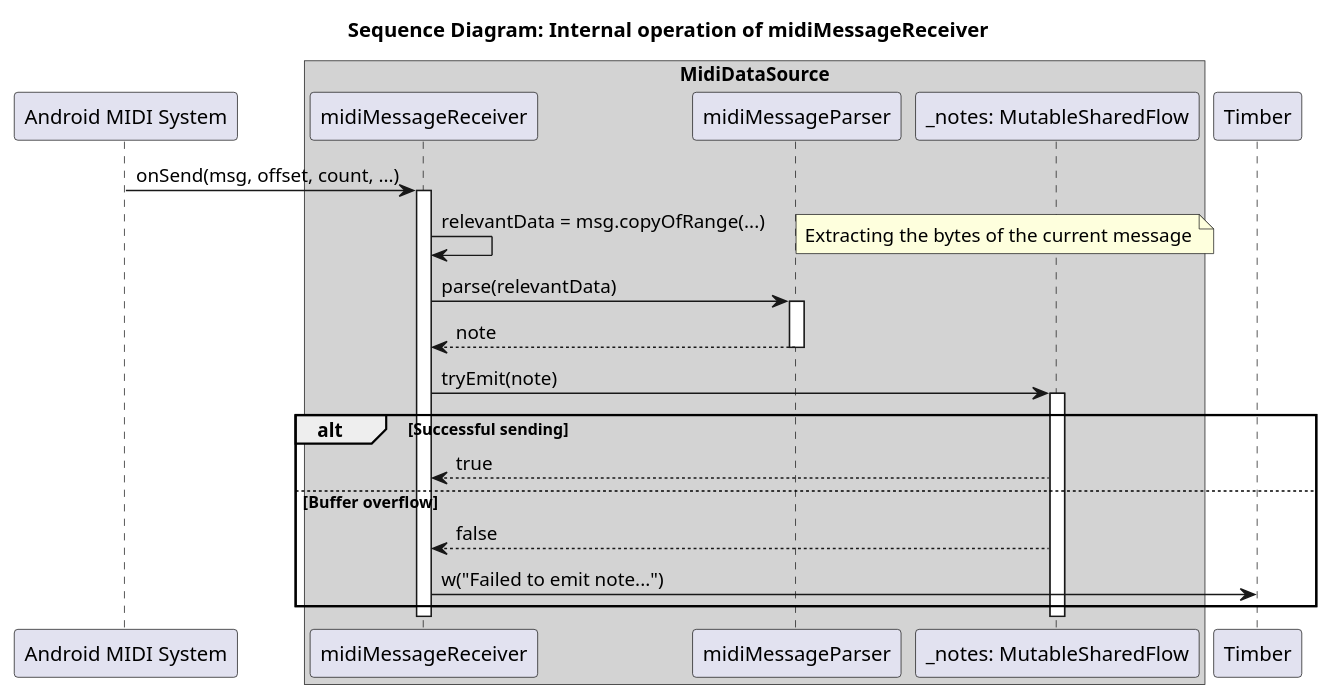
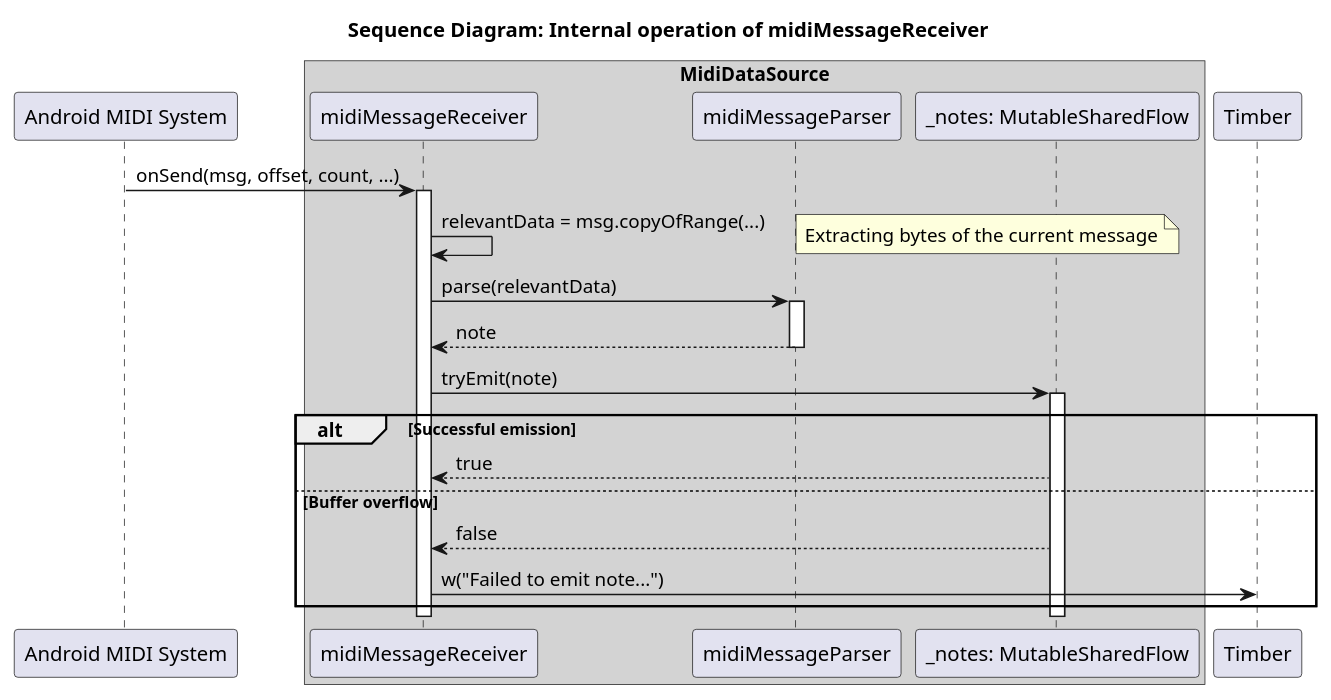
Before and after one commit to astrizhachuk/PianoFlow: the sixth of 9 diagrams in docs/en/ts/MIDI_MESSAGE_PROCESSING.md, drawn with PlantUML. The commit also changed other lines of this file and 47 other files, not shown here.

````diff
--- a/docs/en/ts/MIDI_MESSAGE_PROCESSING.md
+++ b/docs/en/ts/MIDI_MESSAGE_PROCESSING.md
@@ -244,38 +327,38 @@
 ```plantuml
 @startuml
 title Sequence Diagram: Internal operation of midiMessageReceiver
 
-participant "Android MIDI System" as MidiSystem
+participant "Android MIDI System" as SDK
 box "MidiDataSource" #LightGray
     participant "midiMessageReceiver" as Receiver
     participant "midiMessageParser" as Parser
     participant "_notes: MutableSharedFlow" as NotesFlow
 end box
 participant "Timber" as Logger
 
-MidiSystem -> Receiver : onSend(msg, offset, count, ...)
+SDK -> Receiver : onSend(msg, offset, count, ...)
 activate Receiver
 
 Receiver -> Receiver : relevantData = msg.copyOfRange(...)
-note right: Extracting the bytes of the current message
+note right: Extracting bytes of the current message
 
 Receiver -> Parser : parse(relevantData)
 activate Parser
 Parser --> Receiver : note
 deactivate Parser
 
 Receiver -> NotesFlow : tryEmit(note)
 activate NotesFlow
 
-alt Successful sending
+alt Successful emission
     NotesFlow --> Receiver : true
 else Buffer overflow
     NotesFlow --> Receiver : false
     Receiver -> Logger : w("Failed to emit note...")
 end
 
 deactivate NotesFlow
 deactivate Receiver
 
 @enduml
 ```
````
